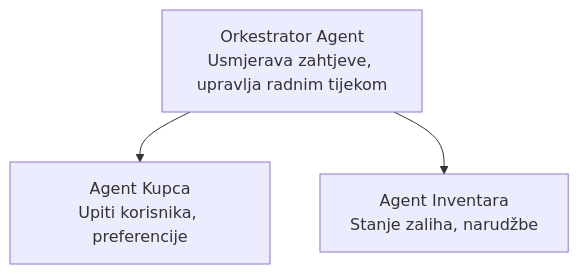
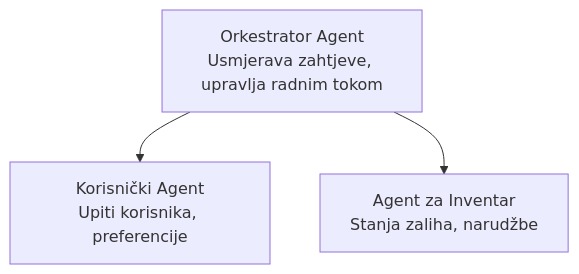
Before and after one commit to microsoft/AZD-for-beginners: the diagram in translations/hr/docs/chapter-05-multi-agent/README.md, drawn with Mermaid. The commit also changed other lines of this file and 104 other files, not shown here.

````diff
--- a/translations/hr/docs/chapter-05-multi-agent/README.md
+++ b/translations/hr/docs/chapter-05-multi-agent/README.md
@@ -52,5 +54,5 @@
 ```mermaid
 graph TD
-    Orchestrator[Orkestrator Agent<br/>Usmjerava zahtjeve, upravlja radnim tijekom] --> Customer[Agent Kupca<br/>Upiti korisnika, preferencije]
-    Orchestrator --> Inventory[Agent Inventara<br/>Stanje zaliha, narudžbe]
+    Orchestrator[Orkestrator Agent<br/>Usmjerava zahtjeve, upravlja radnim tokom] --> Customer[Korisnički Agent<br/>Upiti korisnika, preferencije]
+    Orchestrator --> Inventory[Agent za Inventar<br/>Stanja zaliha, narudžbe]
 ```
````
